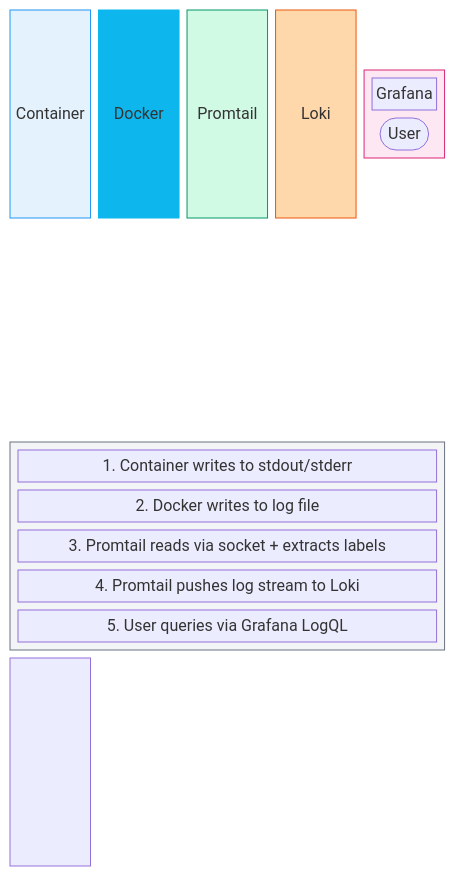
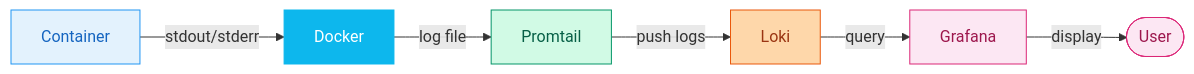
One commit to Mykyta-Home-Server/homeserver changed the second of 3 diagrams in docs-site/src/content/docs/guides/monitoring.mdx. Above: the diagram before and after it, drawn with Mermaid. The commit also changed other lines of this file and 2 other files, not shown here.

First line of the commit message:
Fix Mermaid diagrams: switch from block-beta to flowchart

````diff
--- a/docs-site/src/content/docs/guides/monitoring.mdx
+++ b/docs-site/src/content/docs/guides/monitoring.mdx
@@ -76,34 +75,20 @@
 ```mermaid
-block-beta
-    columns 5
+flowchart LR
+    Container[Container] -->|stdout/stderr| Docker[Docker]
+    Docker -->|log file| Promtail[Promtail]
+    Promtail -->|push logs| Loki[Loki]
+    Loki -->|query| Grafana[Grafana]
+    Grafana -->|display| User([User])
 
-    cont["Container"]:1
-    dock["Docker"]:1
-    prom["Promtail"]:1
-    loki["Loki"]:1
-    block:output:1
-        columns 1
-        graf["Grafana"]
-        user(["User"])
-    end
+    classDef container fill:#e3f2fd,stroke:#2196f3,color:#1565c0
+    classDef docker fill:#0db7ed,stroke:#0db7ed,color:#fff
+    classDef promtail fill:#d1fae5,stroke:#059669,color:#065f46
+    classDef loki fill:#fed7aa,stroke:#ea580c,color:#9a3412
+    classDef grafana fill:#fce7f3,stroke:#db2777,color:#9d174d
 
-    space:5
-
-    block:steps:5
-        columns 1
-        s1["1. Container writes to stdout/stderr"]
-        s2["2. Docker writes to log file"]
-        s3["3. Promtail reads via socket + extracts labels"]
-        s4["4. Promtail pushes log stream to Loki"]
-        s5["5. User queries via Grafana LogQL"]
-    end
-
-    cont --> dock --> prom --> loki --> graf --> user
-
-    style cont fill:#e3f2fd,stroke:#2196f3
-    style dock fill:#0db7ed,stroke:#0db7ed
-    style prom fill:#d1fae5,stroke:#059669
-    style loki fill:#fed7aa,stroke:#ea580c
-    style output fill:#fce7f3,stroke:#db2777
-    style steps fill:#f3f4f6,stroke:#6b7280
+    class Container container
+    class Docker docker
+    class Promtail promtail
+    class Loki loki
+    class Grafana,User grafana
 ```
````
